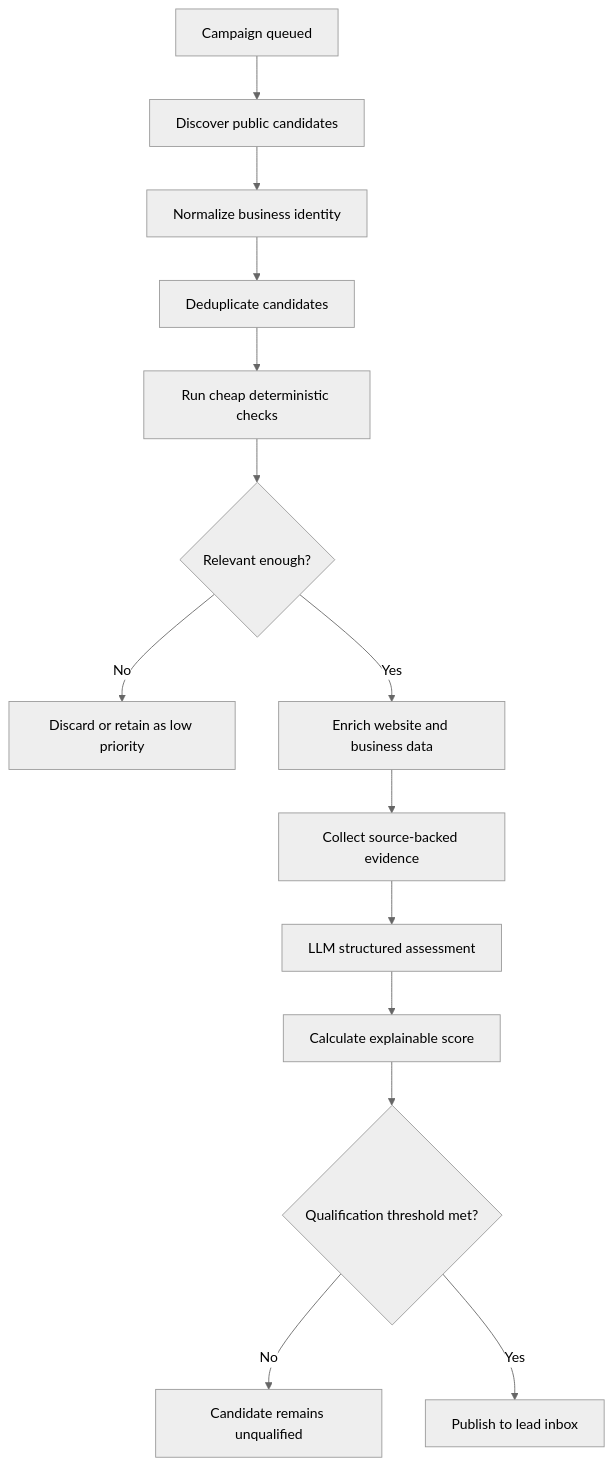
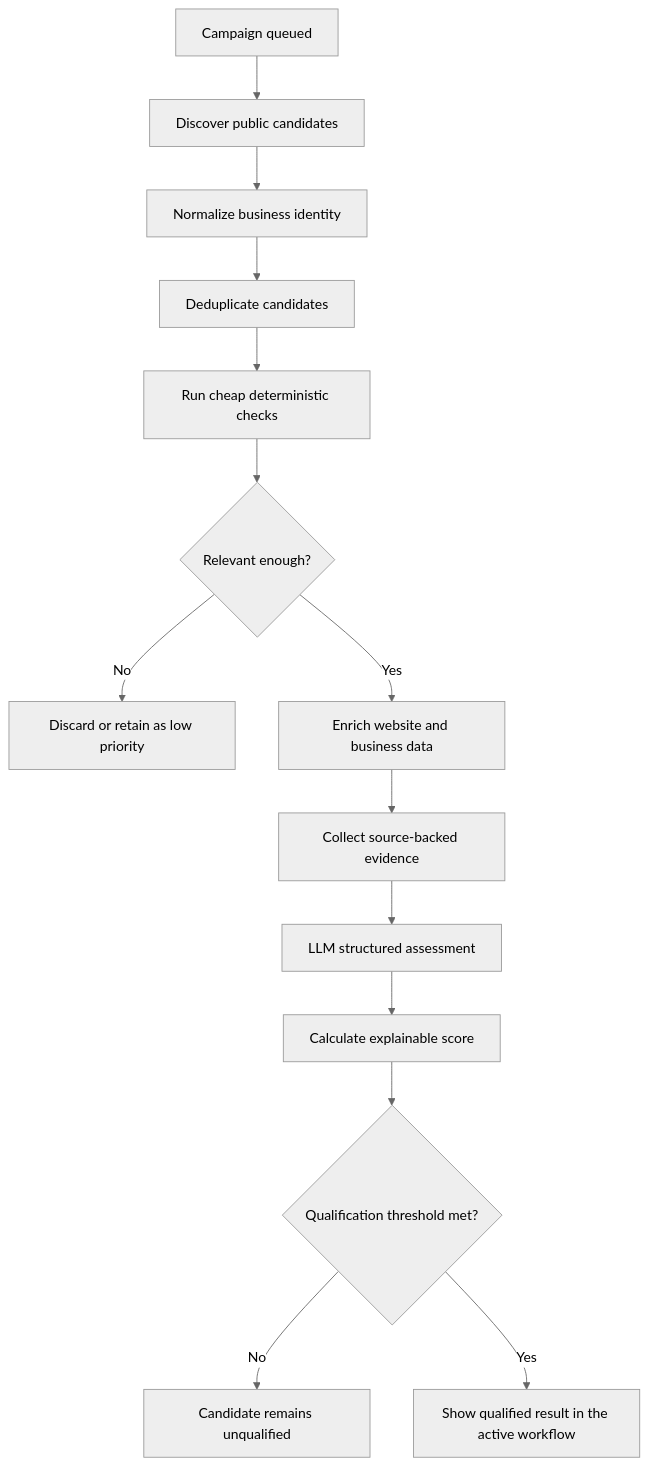
One commit to masiwalrachit/LeadGen_AP_2026 changed the second of 3 diagrams in README.md. Above: the diagram before and after it, drawn with Mermaid (neutral theme). The commit also changed other lines of this file and 3 other files, not shown here.

Commit message:
docs: align lead workflows and Grok architecture

````diff
--- a/README.md
+++ b/README.md
@@ -137,16 +139,16 @@
 ```mermaid
 flowchart TD
     A[Campaign queued] --> B[Discover public candidates]
     B --> C[Normalize business identity]
     C --> D[Deduplicate candidates]
     D --> E[Run cheap deterministic checks]
     E --> F{Relevant enough?}
     F -->|No| G[Discard or retain as low priority]
     F -->|Yes| H[Enrich website and business data]
     H --> I[Collect source-backed evidence]
     I --> J[LLM structured assessment]
     J --> K[Calculate explainable score]
     K --> L{Qualification threshold met?}
     L -->|No| M[Candidate remains unqualified]
-    L -->|Yes| N[Publish to lead inbox]
+    L -->|Yes| N[Show qualified result in the active workflow]
 ```
````
